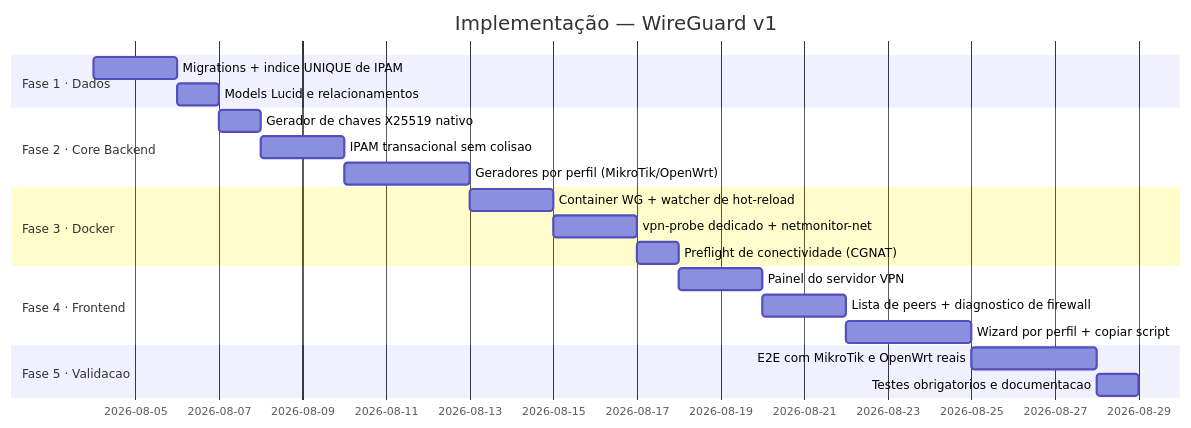
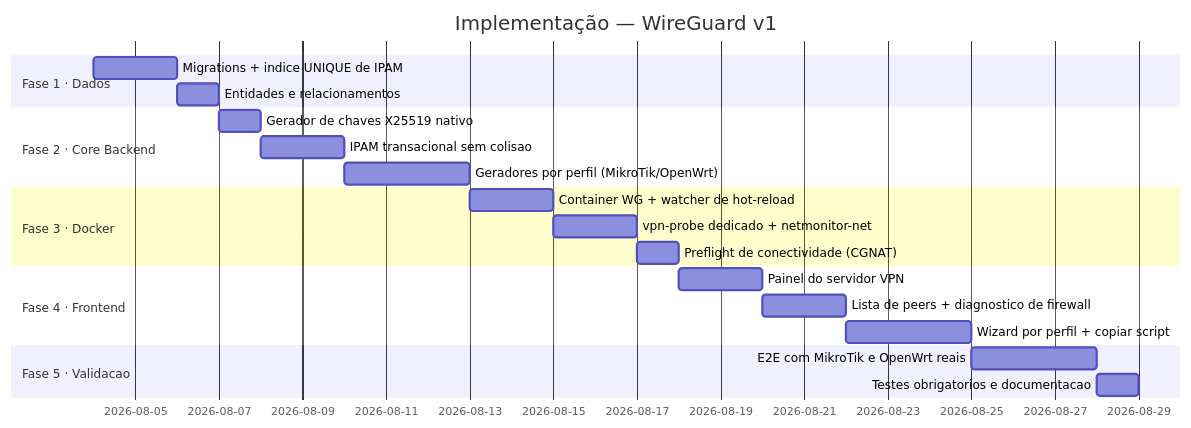
One commit to maxupunk/monitor-de-rede changed the third of 3 diagrams in docs/roadmap_vpn.md. Above: the diagram before and after it, drawn with Mermaid. The commit also changed other lines of this file and 51 other files, not shown here.

````diff
--- a/docs/roadmap_vpn.md
+++ b/docs/roadmap_vpn.md
@@ -507,23 +507,23 @@
 ```mermaid
 gantt
     title Implementação — WireGuard v1
     dateFormat  YYYY-MM-DD
     section Fase 1 · Dados
     Migrations + indice UNIQUE de IPAM        :f1, 2026-08-04, 2d
-    Models Lucid e relacionamentos            :f2, after f1, 1d
+    Entidades e relacionamentos               :f2, after f1, 1d
     section Fase 2 · Core Backend
     Gerador de chaves X25519 nativo           :f3, after f2, 1d
     IPAM transacional sem colisao             :f4, after f3, 2d
     Geradores por perfil (MikroTik/OpenWrt)   :f5, after f4, 3d
     section Fase 3 · Docker
     Container WG + watcher de hot-reload      :f6, after f5, 2d
     vpn-probe dedicado + netmonitor-net       :f7, after f6, 2d
     Preflight de conectividade (CGNAT)        :f8, after f7, 1d
     section Fase 4 · Frontend
     Painel do servidor VPN                    :f9, after f8, 2d
     Lista de peers + diagnostico de firewall  :f10, after f9, 2d
     Wizard por perfil + copiar script         :f11, after f10, 3d
     section Fase 5 · Validacao
     E2E com MikroTik e OpenWrt reais          :f12, after f11, 3d
     Testes obrigatorios e documentacao        :f13, after f12, 1d
 ```
````
